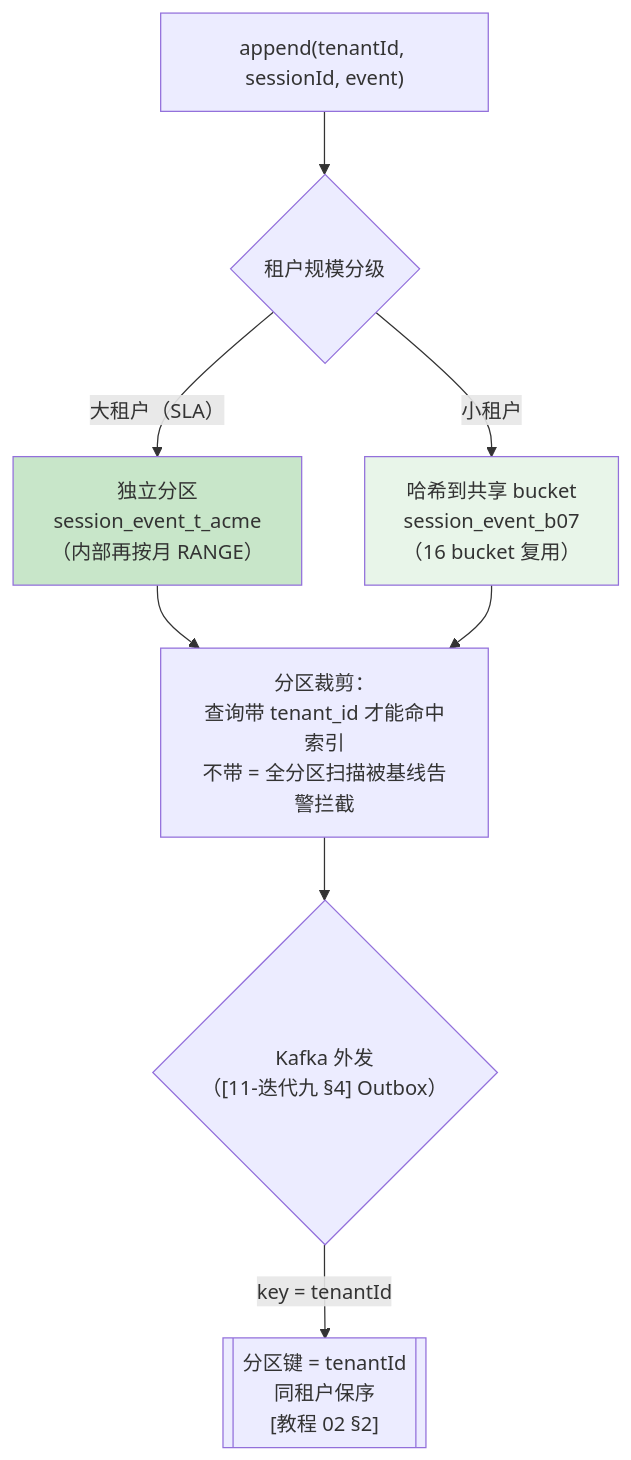
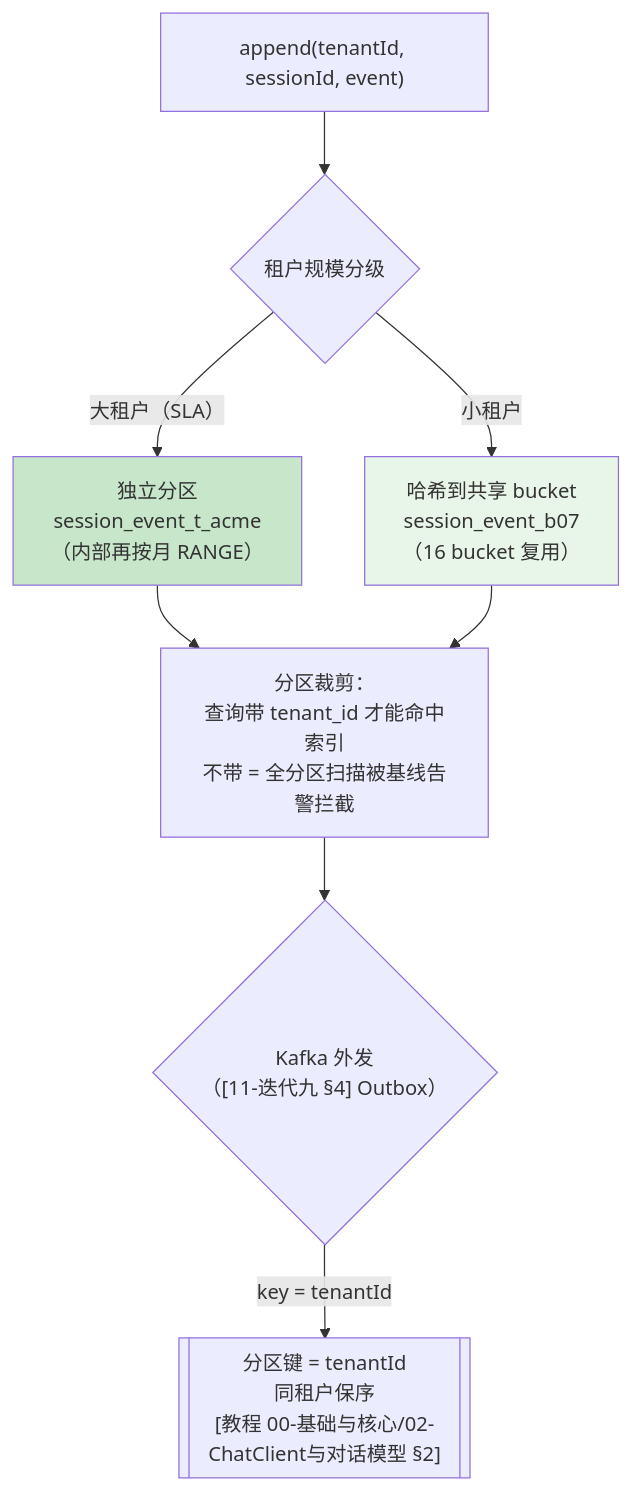
The first of 4 diagrams in docs/项目/13-事件溯源Agent运行时平台/12-多租户事件隔离与归档.md (UranusGit/java-agent-learn), drawn with Mermaid before and after one commit. The commit also changed other lines of this file and 634 other files, not shown here.

````diff
--- a/docs/项目/13-事件溯源Agent运行时平台/12-多租户事件隔离与归档.md
+++ b/docs/项目/13-事件溯源Agent运行时平台/12-多租户事件隔离与归档.md
@@ -67,13 +67,13 @@
 ```mermaid
 flowchart TB
     A["append(tenantId, sessionId, event)"] --> B{"租户规模分级"}
     B -- "大租户（SLA）" --> C["独立分区<br/>session_event_t_acme<br/>（内部再按月 RANGE）"]
     B -- "小租户" --> D["哈希到共享 bucket<br/>session_event_b07<br/>（16 bucket 复用）"]
     C --> E["分区裁剪：<br/>查询带 tenant_id 才能命中索引<br/>不带 = 全分区扫描被基线告警拦截"]
     D --> E
     E --> F{"Kafka 外发<br/>（[11-迭代九 §4] Outbox）"}
-    F -->|"key = tenantId"| G[["分区键 = tenantId<br/>同租户保序<br/>[教程 02 §2]"]]
+    F -->|"key = tenantId"| G[["分区键 = tenantId<br/>同租户保序<br/>[教程 00-基础与核心/02-ChatClient与对话模型 §2]"]]
 
     style C fill:#c8e6c9
     style D fill:#e8f5e9
 ```
````
